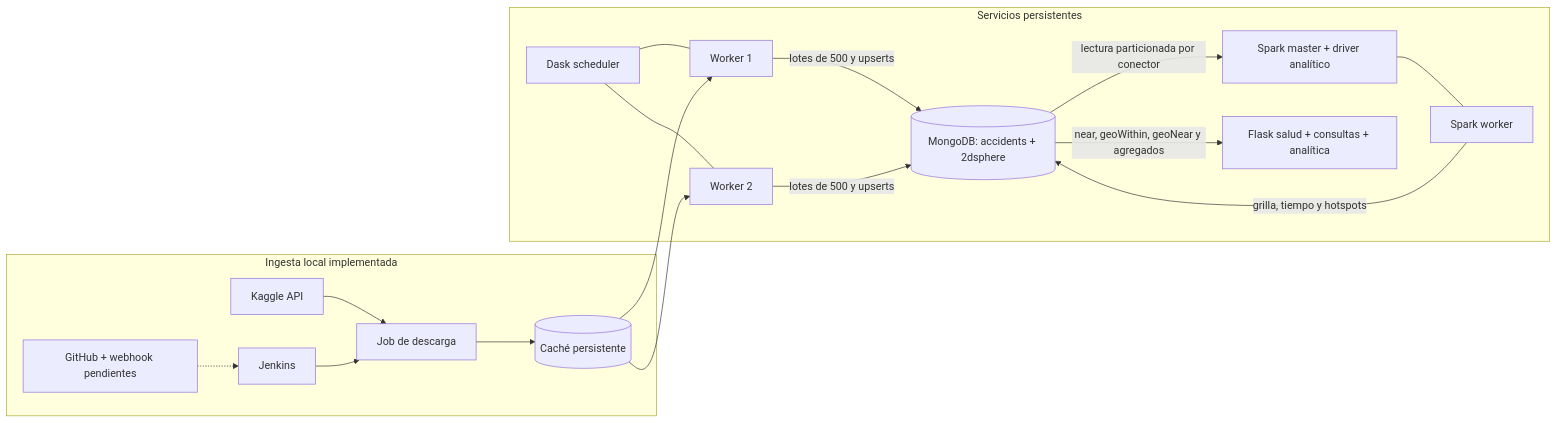
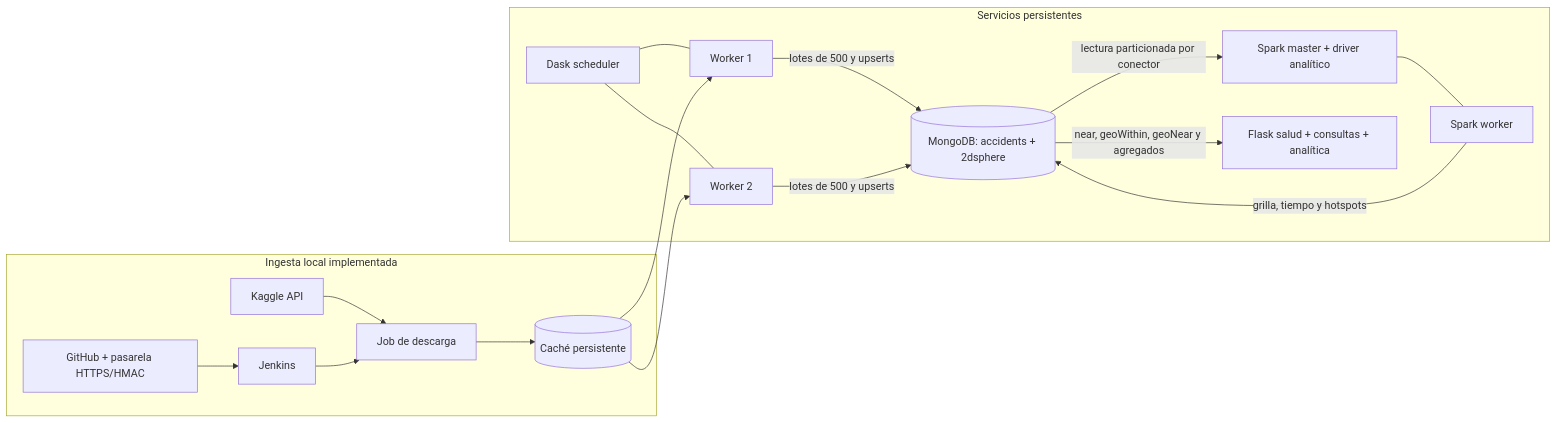
The diagram in docs/arquitectura.md (DavierGonz/ParcialBigData), drawn with Mermaid before and after one commit. The commit also changed other lines of this file and 31 other files, not shown here.

Commit message:
feat(delivery): secure GitHub Jenkins integration and verify final reproduction

````diff
--- a/docs/arquitectura.md
+++ b/docs/arquitectura.md
@@ -7,23 +9,23 @@
 ```mermaid
 flowchart LR
   subgraph ingesta[Ingesta local implementada]
-    GH[GitHub + webhook pendientes] -.-> J[Jenkins]
+    GH[GitHub + pasarela HTTPS/HMAC] --> J[Jenkins]
     K[Kaggle API] --> DL[Job de descarga]
     J --> DL
     DL --> V[(Caché persistente)]
   end
   subgraph actual[Servicios persistentes]
     DS[Dask scheduler] --- D1[Worker 1]
     DS --- D2[Worker 2]
     M[(MongoDB: accidents + 2dsphere)]
     SM[Spark master + driver analítico] --- SW[Spark worker]
     A[Flask salud + consultas + analítica]
   end
   V --> D1
   V --> D2
   D1 -- lotes de 500 y upserts --> M
   D2 -- lotes de 500 y upserts --> M
   M -- lectura particionada por conector --> SM
   SW -- grilla, tiempo y hotspots --> M
   M -- near, geoWithin, geoNear y agregados --> A
 ```
````
